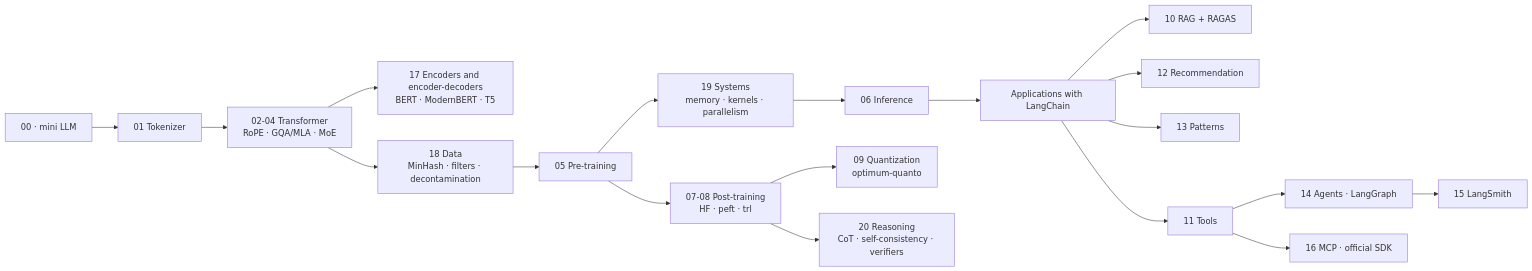
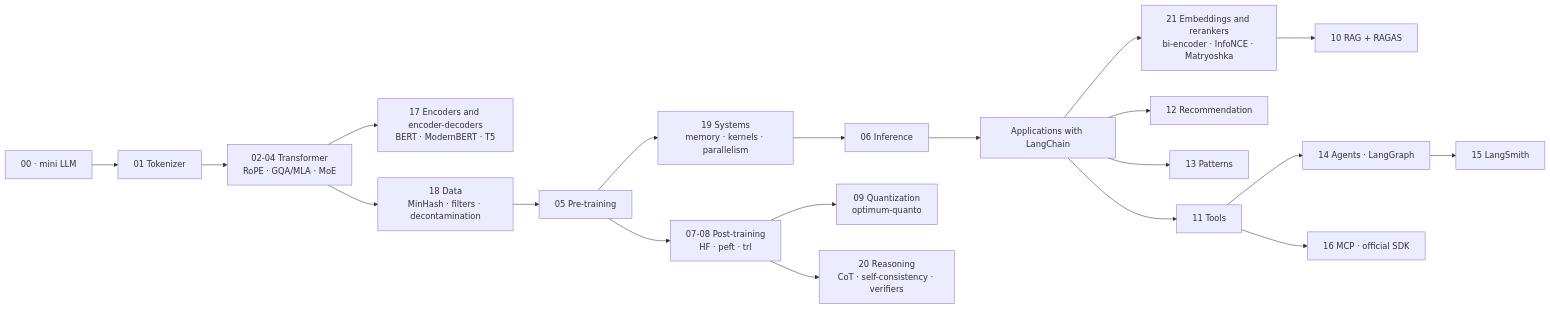
One commit to ZoodiacR/llm-edu-suite changed the diagram in docs/en/README.md. Above: the diagram before and after it, drawn with Mermaid. The commit also changed other lines of this file and 25 other files, not shown here.

First line of the commit message:
Add embeddings/rerankers notebook, multi-agent and sandbox, advanced MCP (v2.5)

````diff
--- a/docs/en/README.md
+++ b/docs/en/README.md
@@ -44,21 +46,22 @@
 ```mermaid
 flowchart LR
     Z[00 · mini LLM] --> B[01 Tokenizer]
     B --> C[02-04 Transformer<br/>RoPE · GQA/MLA · MoE]
     C --> Q["17 Encoders and encoder-decoders<br/>BERT · ModernBERT · T5"]
     C --> P["18 Data<br/>MinHash · filters · decontamination"]
     P --> D[05 Pre-training]
     D --> S["19 Systems<br/>memory · kernels · parallelism"]
     S --> E[06 Inference]
     D --> F["07-08 Post-training<br/>HF · peft · trl"]
     F --> G["09 Quantization<br/>optimum-quanto"]
     F --> R["20 Reasoning<br/>CoT · self-consistency · verifiers"]
     E --> H[Applications with LangChain]
-    H --> I["10 RAG + RAGAS"]
+    H --> T["21 Embeddings and rerankers<br/>bi-encoder · InfoNCE · Matryoshka"]
+    T --> I["10 RAG + RAGAS"]
     H --> K[12 Recommendation]
     H --> L[13 Patterns]
     H --> J[11 Tools]
     J --> M["14 Agents · LangGraph"]
     J --> N["16 MCP · official SDK"]
     M --> O["15 LangSmith"]
 ```
````
